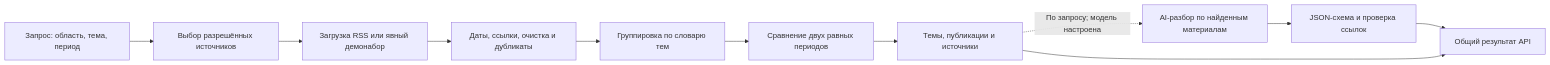
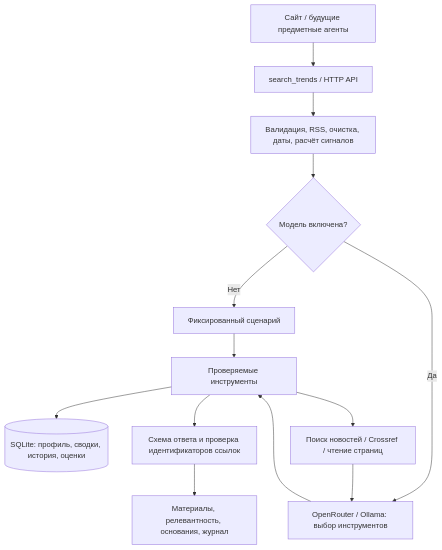
Before and after one commit to Assirisss/ai-agents-hse: the diagram in docs/trends.md, drawn with Mermaid. The commit also changed other lines of this file and 26 other files, not shown here.

Commit message:
feat: add personalized trend agent with memory and OpenRouter tools

````diff
--- a/docs/trends.md
+++ b/docs/trends.md
@@ -30,13 +11,15 @@
 ```mermaid
-flowchart LR
-    Q[Запрос: область, тема, период] --> S[Выбор разрешённых источников]
-    S --> F[Загрузка RSS или явный демонабор]
-    F --> V[Даты, ссылки, очистка и дубликаты]
-    V --> G[Группировка по словарю тем]
-    G --> R[Сравнение двух равных периодов]
-    R --> O[Темы, публикации и источники]
-    O -. По запросу; модель настроена .-> AI[AI-разбор по найденным материалам]
-    AI --> C[JSON-схема и проверка ссылок]
-    C --> OUT[Общий результат API]
-    O --> OUT
+flowchart TD
+    UI[Сайт / будущие предметные агенты] --> API[search_trends / HTTP API]
+    API --> RULES[Валидация, RSS, очистка, даты, расчёт сигналов]
+    RULES --> SELECT{Модель включена?}
+    SELECT -->|Нет| WORKFLOW[Фиксированный сценарий]
+    SELECT -->|Да| PLANNER[OpenRouter / Ollama: выбор инструментов]
+    WORKFLOW --> TOOLS[Проверяемые инструменты]
+    PLANNER --> TOOLS
+    TOOLS --> MEMORY[(SQLite: профиль, сводки, история, оценки)]
+    TOOLS --> WEB[Поиск новостей / Crossref / чтение страниц]
+    WEB --> PLANNER
+    TOOLS --> VALIDATE[Схема ответа и проверка идентификаторов ссылок]
+    VALIDATE --> RESULT[Материалы, релевантность, основания, журнал]
 ```
````
